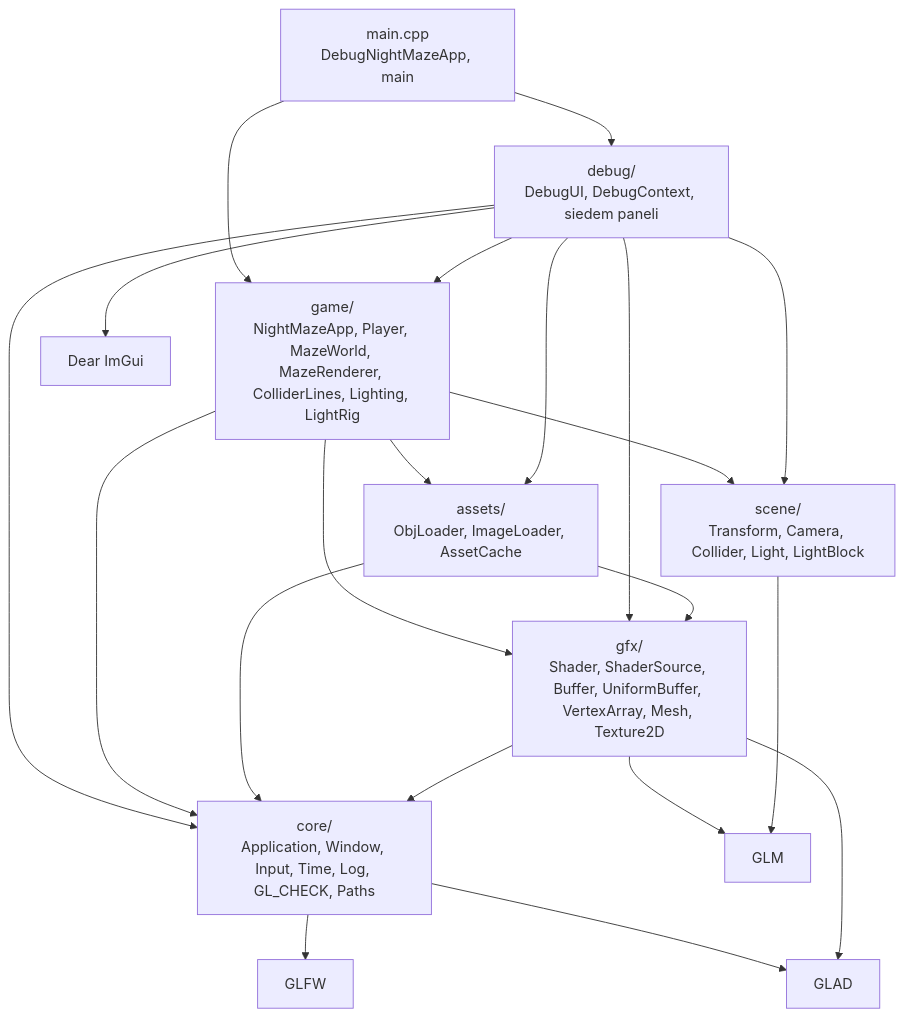
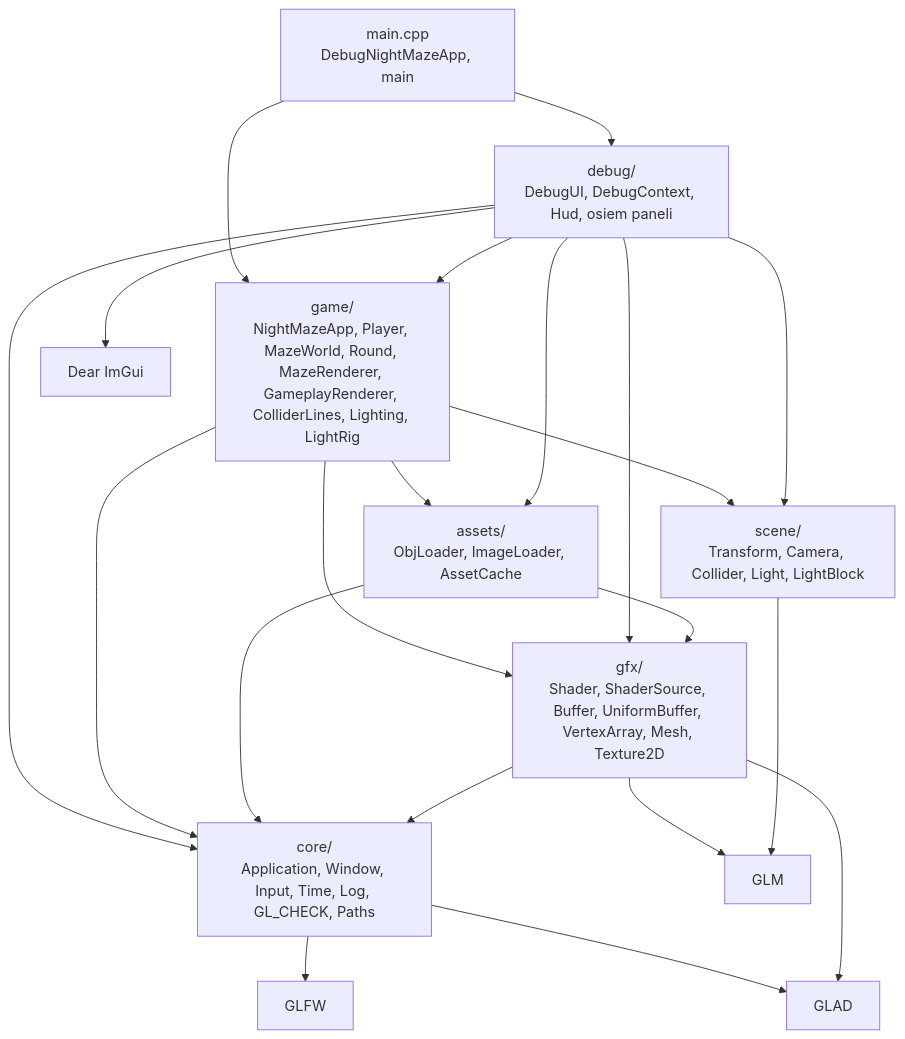
The first of 3 diagrams in docs/modules/core/README.md (Shironex/night-maze), drawn with Mermaid before and after one commit. The commit also changed other lines of this file and 50 other files, not shown here.

````diff
--- a/docs/modules/core/README.md
+++ b/docs/modules/core/README.md
@@ -44,23 +44,23 @@
 ```mermaid
 flowchart TD
-    Main["main.cpp<br/>DebugNightMazeApp, main"] --> Debug["debug/<br/>DebugUI, DebugContext, siedem paneli"]
-    Main --> Game["game/<br/>NightMazeApp, Player, MazeWorld, MazeRenderer, ColliderLines, Lighting, LightRig"]
+    Main["main.cpp<br/>DebugNightMazeApp, main"] --> Debug["debug/<br/>DebugUI, DebugContext, Hud, osiem paneli"]
+    Main --> Game["game/<br/>NightMazeApp, Player, MazeWorld, Round, MazeRenderer, GameplayRenderer, ColliderLines, Lighting, LightRig"]
     Debug --> Core["core/<br/>Application, Window, Input, Time, Log, GL_CHECK, Paths"]
     Debug --> Game
     Game --> Core
     Game --> Assets
     Game --> Gfx
     Game --> Scene
     Debug --> Assets
     Debug --> Gfx
     Debug --> Scene
     Assets["assets/<br/>ObjLoader, ImageLoader, AssetCache"] --> Gfx
     Assets --> Core
     Gfx["gfx/<br/>Shader, ShaderSource, Buffer, UniformBuffer, VertexArray, Mesh, Texture2D"] --> Core
     Gfx --> Glm
     Scene["scene/<br/>Transform, Camera, Collider, Light, LightBlock"] --> Glm["GLM"]
     Debug --> ImGui["Dear ImGui"]
     Core --> Glfw["GLFW"]
     Core --> Glad["GLAD"]
     Gfx --> Glad
 ```
````
